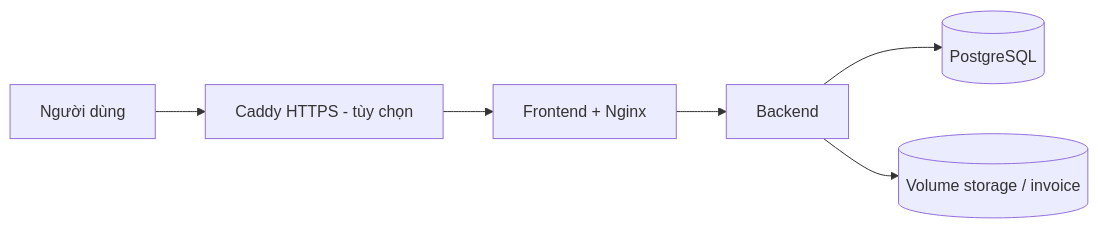
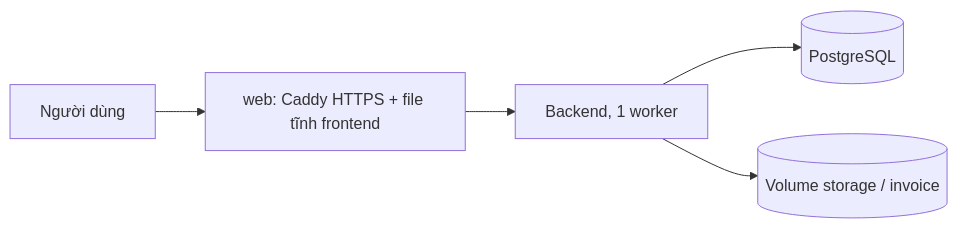
Before and after one commit to ChuThanhDung/web_thuctap: the second of 2 diagrams in docs/ARCHITECTURE.md, drawn with Mermaid. The commit also changed other lines of this file and 28 other files, not shown here.

````diff
--- a/docs/ARCHITECTURE.md
+++ b/docs/ARCHITECTURE.md
@@ -104,8 +104,7 @@
 ```mermaid
 graph LR
-    U[Người dùng] --> C[Caddy HTTPS - tùy chọn]
-    C --> FE[Frontend + Nginx]
-    FE --> BE[Backend]
+    U[Người dùng] --> C[web: Caddy HTTPS + file tĩnh frontend]
+    C --> BE[Backend, 1 worker]
     BE --> DB[(PostgreSQL)]
     BE --> FS[(Volume storage / invoice)]
 ```
````
